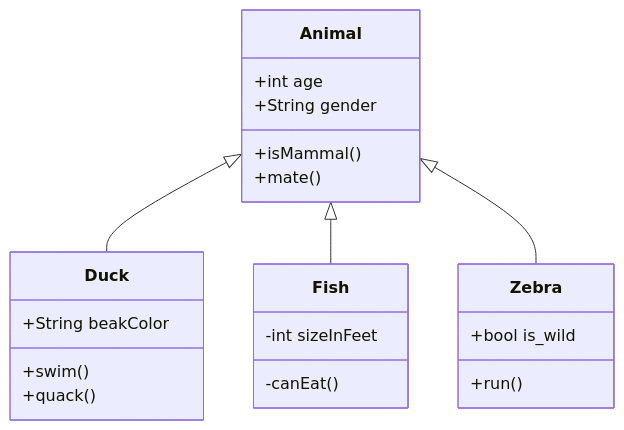
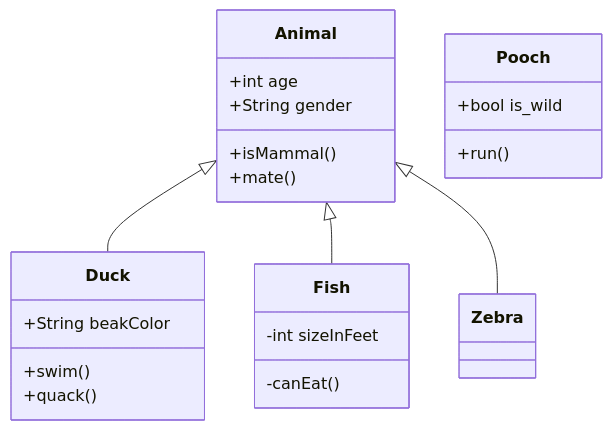
One commit to IngridAtMicrosoft/DocsContent changed the diagram in singlesource/includes/graphTD.mmd. Above: the diagram before and after it, drawn with Mermaid. The commit also changed 1 other file, not shown here.

```diff
--- a/singlesource/includes/graphTD.mmd
+++ b/singlesource/includes/graphTD.mmd
@@ -1,30 +1,21 @@
----
-author: IngridAtMicrosoft
-ms.service: media-services 
-ms.topic: include
-ms.date: 11/05/2020
-ms.author: inhenkel
-ms.custom: mermaid
----
-
 classDiagram
       Animal <|-- Duck
       Animal <|-- Fish
       Animal <|-- Zebra
       Animal : +int age
       Animal : +String gender
       Animal: +isMammal()
       Animal: +mate()
       class Duck{
           +String beakColor
           +swim()
           +quack()
       }
       class Fish{
           -int sizeInFeet
           -canEat()
       }
-      class Zebra{
+      class Pooch{
           +bool is_wild
           +run()
       }
```
